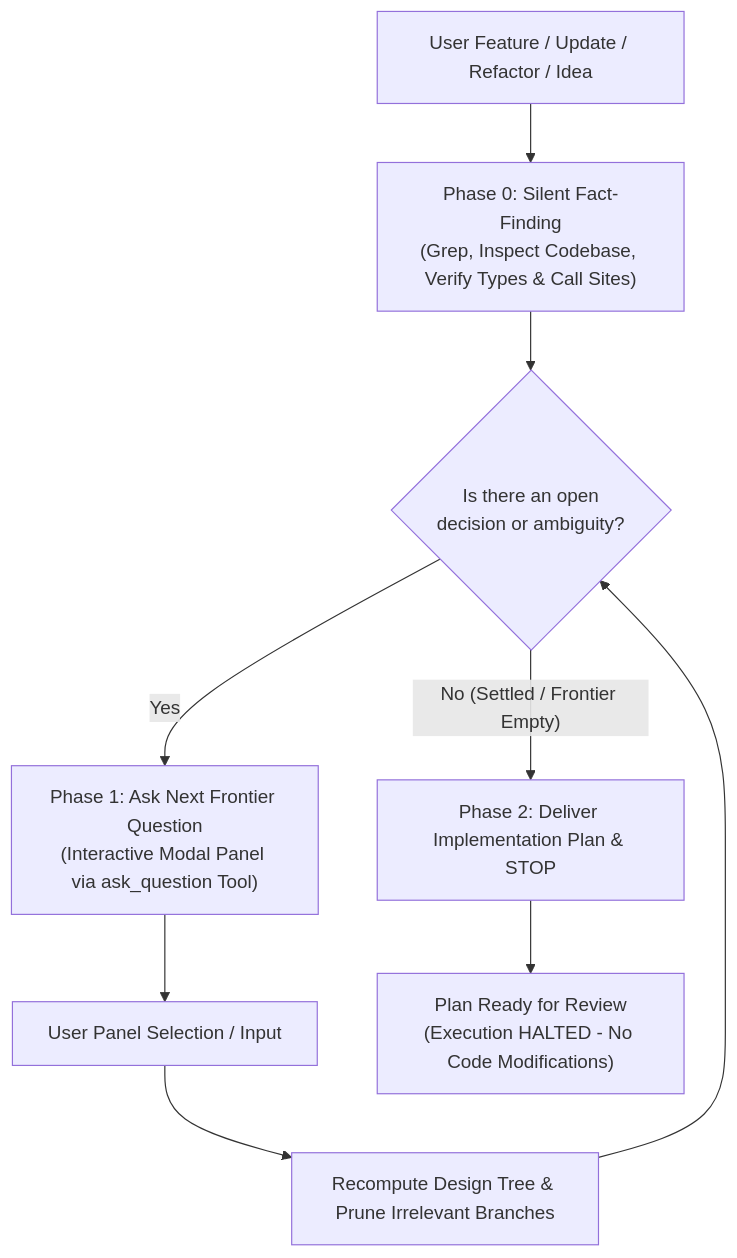
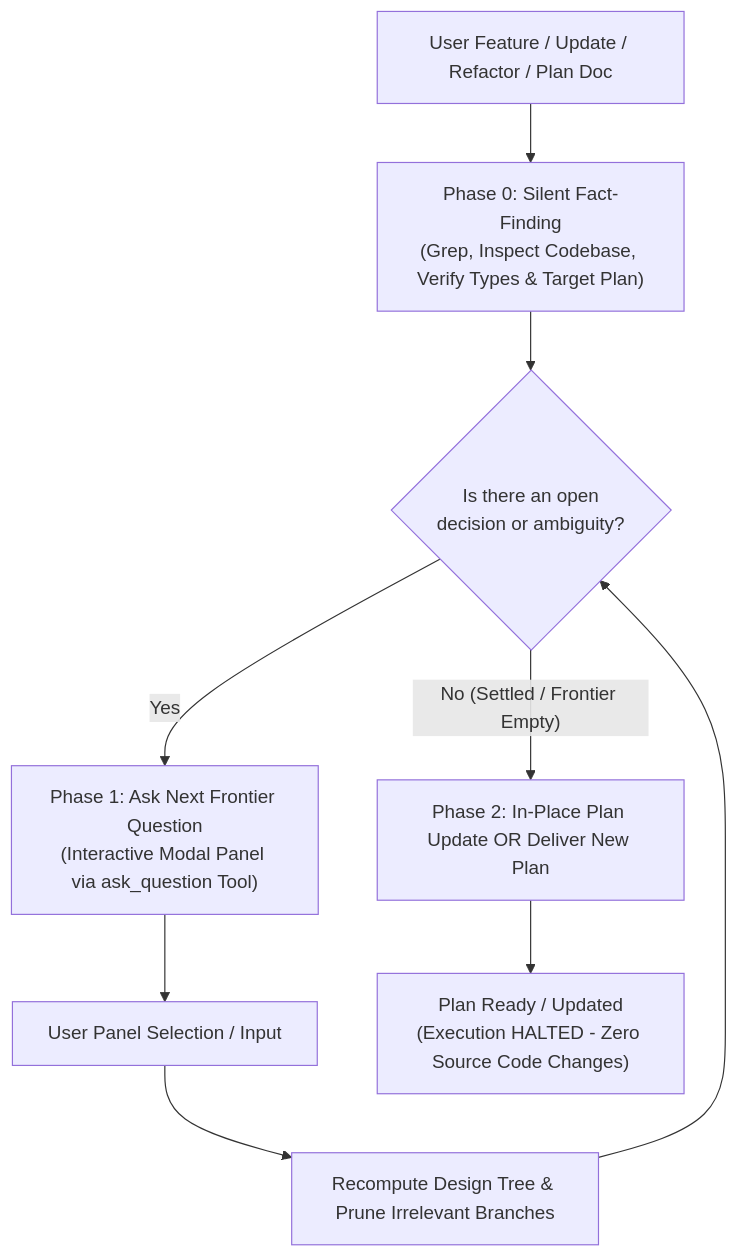
Before and after one commit to Delizade-Antigravity-Skills/clarify-first-delizade: the diagram in SKILL.md, drawn with Mermaid. The commit also changed other lines of this file, not shown here.

Commit message:
feat: support in-place plan document updates and enforce source code lock

````diff
--- a/SKILL.md
+++ b/SKILL.md
@@ -36,11 +37,11 @@
 ```mermaid
 flowchart TD
-    Idea["User Feature / Update / Refactor / Idea"] --> Phase0["Phase 0: Silent Fact-Finding<br/>(Grep, Inspect Codebase, Verify Types & Call Sites)"]
+    Idea["User Feature / Update / Refactor / Plan Doc"] --> Phase0["Phase 0: Silent Fact-Finding<br/>(Grep, Inspect Codebase, Verify Types & Target Plan)"]
     Phase0 --> TreeEval{"Is there an open<br/>decision or ambiguity?"}
     TreeEval -- "Yes" --> Phase1["Phase 1: Ask Next Frontier Question<br/>(Interactive Modal Panel via ask_question Tool)"]
     Phase1 --> UserAnswer["User Panel Selection / Input"]
     UserAnswer --> Recompute["Recompute Design Tree & Prune Irrelevant Branches"]
     Recompute --> TreeEval
-    TreeEval -- "No (Settled / Frontier Empty)" --> Phase2["Phase 2: Deliver Implementation Plan & STOP"]
-    Phase2 --> Stop["Plan Ready for Review<br/>(Execution HALTED - No Code Modifications)"]
+    TreeEval -- "No (Settled / Frontier Empty)" --> Phase2["Phase 2: In-Place Plan Update OR Deliver New Plan"]
+    Phase2 --> Stop["Plan Ready / Updated<br/>(Execution HALTED - Zero Source Code Changes)"]
 ```
````
